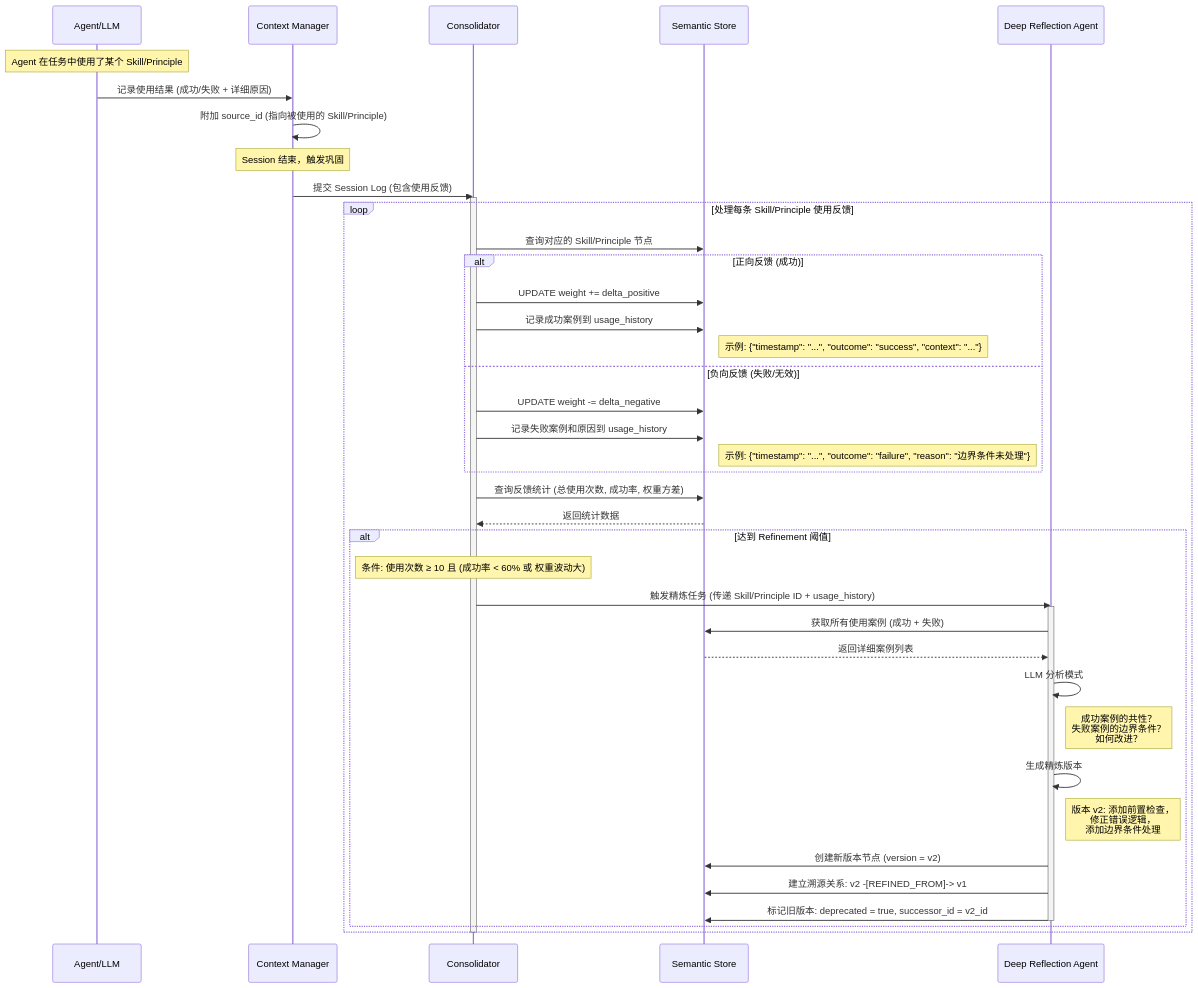
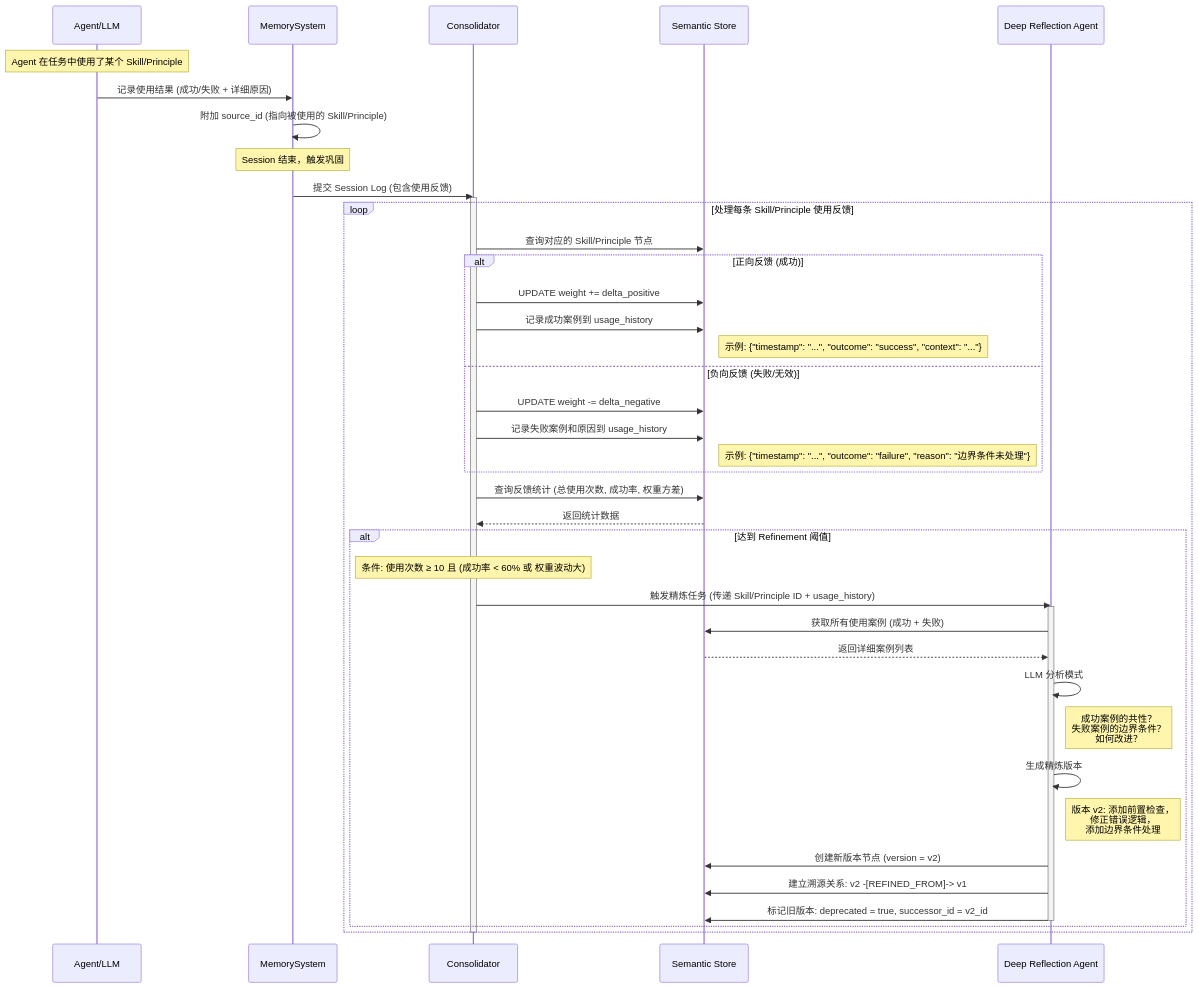
The fourth of 5 diagrams in docs/workflows.md (Lincyaw/h-mem), drawn with Mermaid before and after one commit. The commit also changed other lines of this file and 15 other files, not shown here.

````diff
--- a/docs/workflows.md
+++ b/docs/workflows.md
@@ -131,58 +131,58 @@
 ```mermaid
 sequenceDiagram
     participant Agent as Agent/LLM
-    participant CM as Context Manager
+    participant MS as MemorySystem
     participant CON as Consolidator
     participant GDB as Semantic Store
     participant REF as Deep Reflection Agent
 
     Note over Agent: Agent 在任务中使用了某个 Skill/Principle
     
-    Agent->>CM: 记录使用结果 (成功/失败 + 详细原因)
-    CM->>CM: 附加 source_id (指向被使用的 Skill/Principle)
+    Agent->>MS: 记录使用结果 (成功/失败 + 详细原因)
+    MS->>MS: 附加 source_id (指向被使用的 Skill/Principle)
     
-    Note over CM: Session 结束，触发巩固
+    Note over MS: Session 结束，触发巩固
     
-    CM->>CON: 提交 Session Log (包含使用反馈)
+    MS->>CON: 提交 Session Log (包含使用反馈)
     activate CON
     
     loop 处理每条 Skill/Principle 使用反馈
         CON->>GDB: 查询对应的 Skill/Principle 节点
         
         alt 正向反馈 (成功)
             CON->>GDB: UPDATE weight += delta_positive
             CON->>GDB: 记录成功案例到 usage_history
             Note right of GDB: 示例: {"timestamp": "...", "outcome": "success", "context": "..."}
         else 负向反馈 (失败/无效)
             CON->>GDB: UPDATE weight -= delta_negative
             CON->>GDB: 记录失败案例和原因到 usage_history
             Note right of GDB: 示例: {"timestamp": "...", "outcome": "failure", "reason": "边界条件未处理"}
         end
         
         CON->>GDB: 查询反馈统计 (总使用次数, 成功率, 权重方差)
         GDB-->>CON: 返回统计数据
         
         alt 达到 Refinement 阈值
             Note over CON: 条件: 使用次数 ≥ 10 且 (成功率 < 60% 或 权重波动大)
             CON->>REF: 触发精炼任务 (传递 Skill/Principle ID + usage_history)
             activate REF
             
             REF->>GDB: 获取所有使用案例 (成功 + 失败)
             GDB-->>REF: 返回详细案例列表
             
             REF->>REF: LLM 分析模式
             Note right of REF: 成功案例的共性？<br/>失败案例的边界条件？<br/>如何改进？
             
             REF->>REF: 生成精炼版本
             Note right of REF: 版本 v2: 添加前置检查，<br/>修正错误逻辑，<br/>添加边界条件处理
             
             REF->>GDB: 创建新版本节点 (version = v2)
             REF->>GDB: 建立溯源关系: v2 -[REFINED_FROM]-> v1
             REF->>GDB: 标记旧版本: deprecated = true, successor_id = v2_id
             
             deactivate REF
         end
     end
     
     deactivate CON
 ```
````
